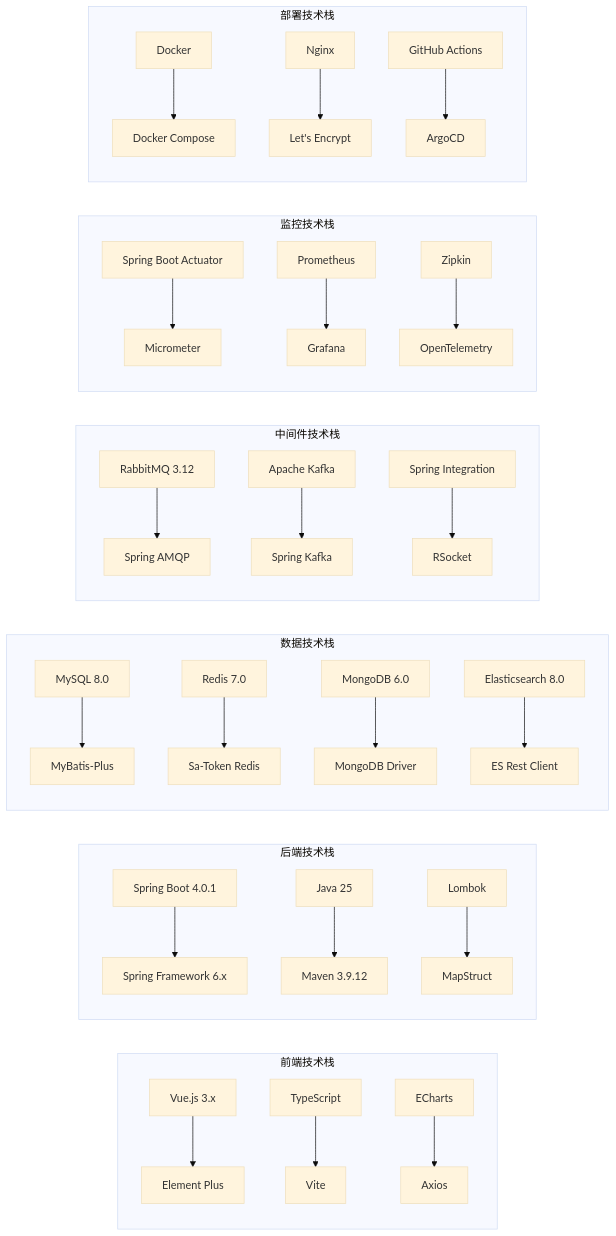
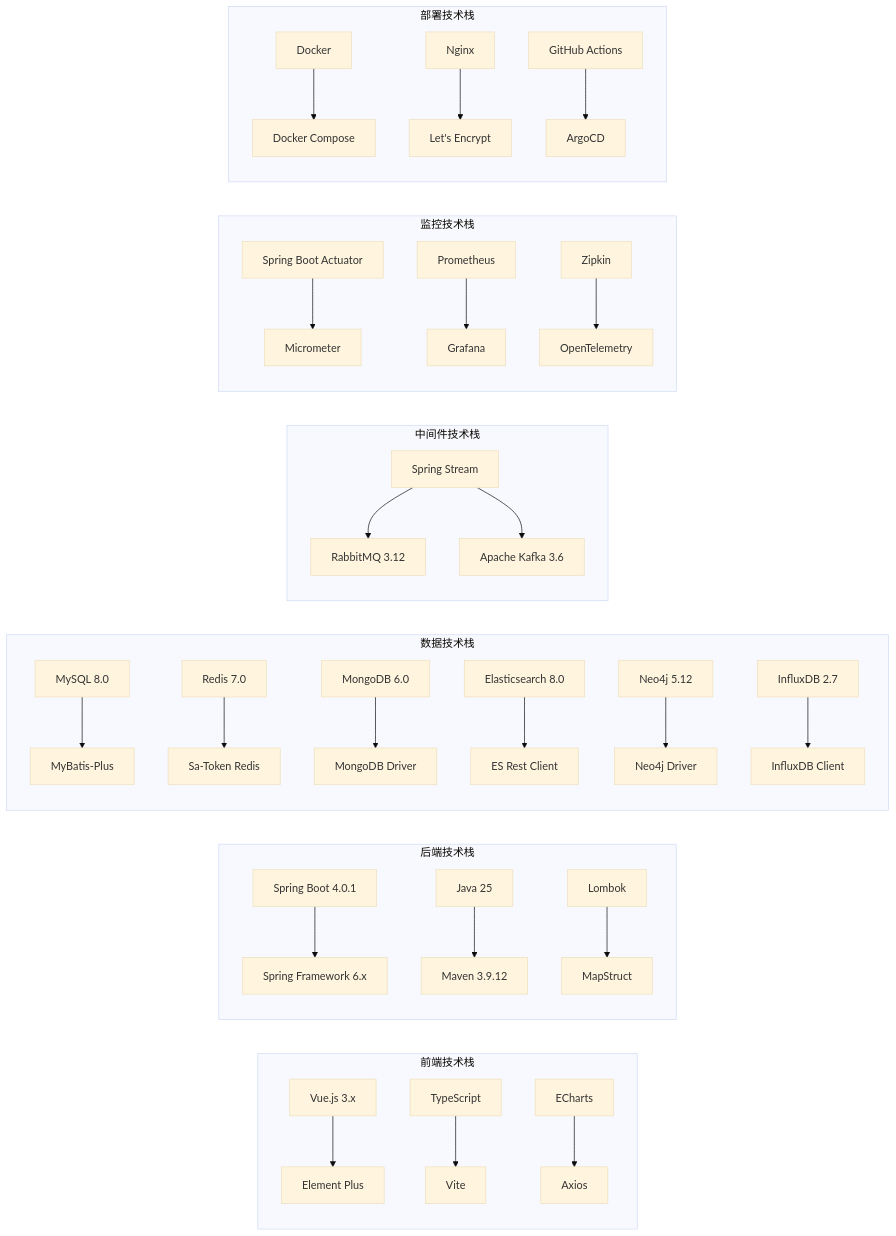
One commit to ylzyd12345/springboot-study changed the second of 5 diagrams in docs/01-规划设计层/04-技术架构设计.md. Above: the diagram before and after it, drawn with Mermaid (base theme). The commit also changed other lines of this file and 75 other files, not shown here.

````diff
--- a/docs/01-规划设计层/04-技术架构设计.md
+++ b/docs/01-规划设计层/04-技术架构设计.md
@@ -106,39 +113,40 @@
 ```mermaid
 graph LR
     subgraph "前端技术栈"
         A1[Vue.js 3.x] --> A2[Element Plus]
         A3[TypeScript] --> A4[Vite]
         A5[ECharts] --> A6[Axios]
     end
-    
+
     subgraph "后端技术栈"
         B1[Spring Boot 4.0.1] --> B2[Spring Framework 6.x]
         B3[Java 25] --> B4[Maven 3.9.12]
         B5[Lombok] --> B6[MapStruct]
     end
-    
+
     subgraph "数据技术栈"
         C1[MySQL 8.0] --> C2[MyBatis-Plus]
         C3[Redis 7.0] --> C4[Sa-Token Redis]
         C5[MongoDB 6.0] --> C6[MongoDB Driver]
         C7[Elasticsearch 8.0] --> C8[ES Rest Client]
+        C9[Neo4j 5.12] --> C10[Neo4j Driver]
+        C11[InfluxDB 2.7] --> C12[InfluxDB Client]
     end
-    
+
     subgraph "中间件技术栈"
-        D1[RabbitMQ 3.12] --> D2[Spring AMQP]
-        D3[Apache Kafka] --> D4[Spring Kafka]
-        D5[Spring Integration] --> D6[RSocket]
+        D1[Spring Stream] --> D2[RabbitMQ 3.12]
+        D1 --> D3[Apache Kafka 3.6]
     end
-    
+
     subgraph "监控技术栈"
         E1[Spring Boot Actuator] --> E2[Micrometer]
         E3[Prometheus] --> E4[Grafana]
         E5[Zipkin] --> E6[OpenTelemetry]
     end
-    
+
     subgraph "部署技术栈"
         F1[Docker] --> F2[Docker Compose]
         F3[Nginx] --> F4[Let's Encrypt]
         F5[GitHub Actions] --> F6[ArgoCD]
     end
 ```
````
